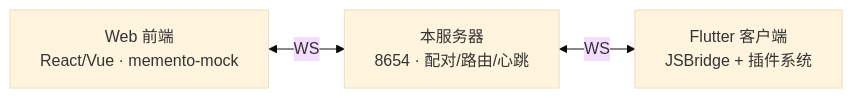
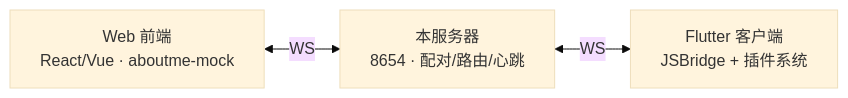
One commit to hunmer/about-me changed the diagram in packages/api_forwarding_server/claude/overview.md. Above: the diagram before and after it, drawn with Mermaid (base theme). The commit also changed other lines of this file and 1650 other files, not shown here.

````diff
--- a/packages/api_forwarding_server/claude/overview.md
+++ b/packages/api_forwarding_server/claude/overview.md
@@ -7,5 +7,5 @@
 ```mermaid
 graph LR
-    F[Web 前端<br/>React/Vue · memento-mock] <-->|WS| S[本服务器<br/>8654 · 配对/路由/心跳]
+    F[Web 前端<br/>React/Vue · aboutme-mock] <-->|WS| S[本服务器<br/>8654 · 配对/路由/心跳]
     S <-->|WS| C[Flutter 客户端<br/>JSBridge + 插件系统]
 ```
````
